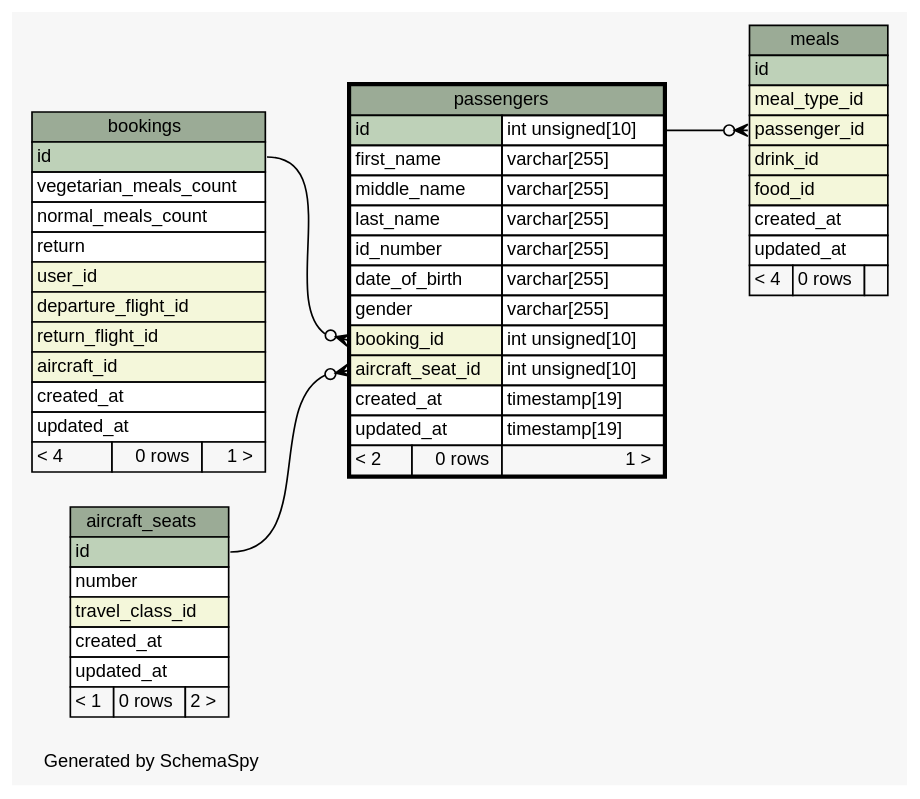
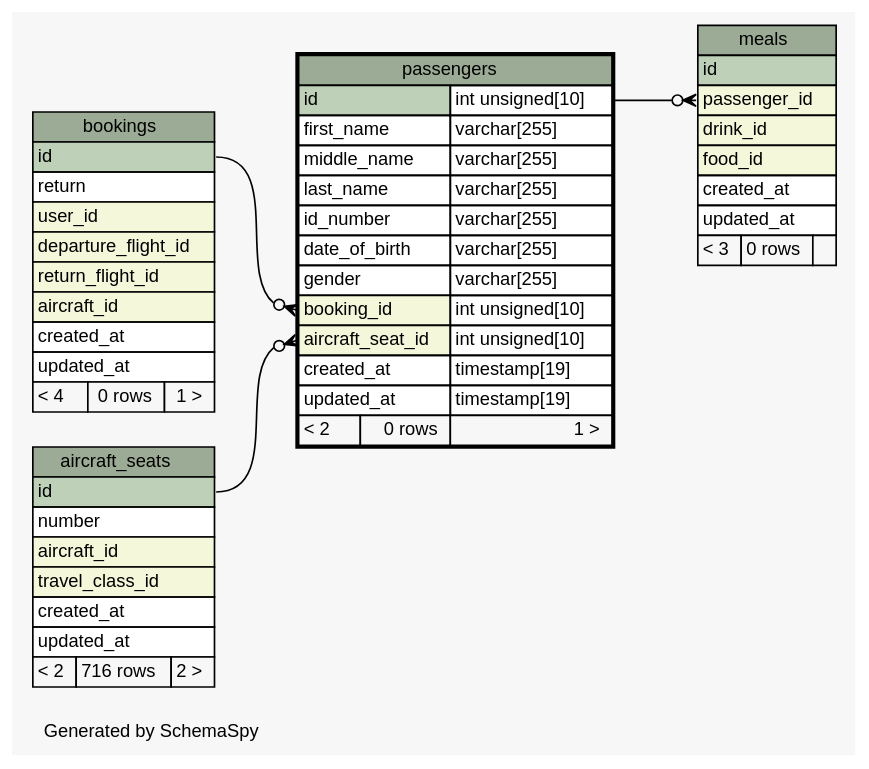
One commit to joaonzangoII/flightbookingsystem changed the diagram in web/app/database/schema/diagrams/passengers.1degree.dot. Above: the diagram before and after it, drawn with Graphviz. The commit also changed 149 other files, not shown here.

```diff
--- a/web/app/database/schema/diagrams/passengers.1degree.dot
+++ b/web/app/database/schema/diagrams/passengers.1degree.dot
@@ -1,94 +1,92 @@
 // dot 2.38.0 on Linux 4.8.0-46-generic
 // SchemaSpy rev 590
 digraph "oneDegreeRelationshipsDiagram" {
   graph [
     rankdir="RL"
     bgcolor="#f7f7f7"
     label="\nGenerated by SchemaSpy"
     labeljust="l"
     nodesep="0.18"
     ranksep="0.46"
     fontname="Helvetica"
     fontsize="11"
   ];
   node [
     fontname="Helvetica"
     fontsize="11"
     shape="plaintext"
   ];
   edge [
     arrowsize="0.8"
   ];
   "meals":"passenger_id":w -> "passengers":"id.type":e [arrowhead=none dir=back arrowtail=crowodot];
   "passengers":"aircraft_seat_id":w -> "aircraft_seats":"id":e [arrowhead=none dir=back arrowtail=crowodot];
   "passengers":"booking_id":w -> "bookings":"id":e [arrowhead=none dir=back arrowtail=crowodot];
   "aircraft_seats" [
     label=<
     <TABLE BORDER="0" CELLBORDER="1" CELLSPACING="0" BGCOLOR="#ffffff">
       <TR><TD COLSPAN="3" BGCOLOR="#9bab96" ALIGN="CENTER">aircraft_seats</TD></TR>
       <TR><TD PORT="id" COLSPAN="3" BGCOLOR="#bed1b8" ALIGN="LEFT">id</TD></TR>
       <TR><TD PORT="number" COLSPAN="3" ALIGN="LEFT">number</TD></TR>
+      <TR><TD PORT="aircraft_id" COLSPAN="3" BGCOLOR="#f4f7da" ALIGN="LEFT">aircraft_id</TD></TR>
       <TR><TD PORT="travel_class_id" COLSPAN="3" BGCOLOR="#f4f7da" ALIGN="LEFT">travel_class_id</TD></TR>
       <TR><TD PORT="created_at" COLSPAN="3" ALIGN="LEFT">created_at</TD></TR>
       <TR><TD PORT="updated_at" COLSPAN="3" ALIGN="LEFT">updated_at</TD></TR>
-      <TR><TD ALIGN="LEFT" BGCOLOR="#f7f7f7">&lt; 1</TD><TD ALIGN="RIGHT" BGCOLOR="#f7f7f7">0 rows</TD><TD ALIGN="RIGHT" BGCOLOR="#f7f7f7">2 &gt;</TD></TR>
+      <TR><TD ALIGN="LEFT" BGCOLOR="#f7f7f7">&lt; 2</TD><TD ALIGN="RIGHT" BGCOLOR="#f7f7f7">716 rows</TD><TD ALIGN="RIGHT" BGCOLOR="#f7f7f7">2 &gt;</TD></TR>
     </TABLE>>
     URL="aircraft_seats.html"
     tooltip="aircraft_seats"
   ];
   "bookings" [
     label=<
     <TABLE BORDER="0" CELLBORDER="1" CELLSPACING="0" BGCOLOR="#ffffff">
       <TR><TD COLSPAN="3" BGCOLOR="#9bab96" ALIGN="CENTER">bookings</TD></TR>
       <TR><TD PORT="id" COLSPAN="3" BGCOLOR="#bed1b8" ALIGN="LEFT">id</TD></TR>
-      <TR><TD PORT="vegetarian_meals_count" COLSPAN="3" ALIGN="LEFT">vegetarian_meals_count</TD></TR>
-      <TR><TD PORT="normal_meals_count" COLSPAN="3" ALIGN="LEFT">normal_meals_count</TD></TR>
       <TR><TD PORT="return" COLSPAN="3" ALIGN="LEFT">return</TD></TR>
       <TR><TD PORT="user_id" COLSPAN="3" BGCOLOR="#f4f7da" ALIGN="LEFT">user_id</TD></TR>
       <TR><TD PORT="departure_flight_id" COLSPAN="3" BGCOLOR="#f4f7da" ALIGN="LEFT">departure_flight_id</TD></TR>
       <TR><TD PORT="return_flight_id" COLSPAN="3" BGCOLOR="#f4f7da" ALIGN="LEFT">return_flight_id</TD></TR>
       <TR><TD PORT="aircraft_id" COLSPAN="3" BGCOLOR="#f4f7da" ALIGN="LEFT">aircraft_id</TD></TR>
       <TR><TD PORT="created_at" COLSPAN="3" ALIGN="LEFT">created_at</TD></TR>
       <TR><TD PORT="updated_at" COLSPAN="3" ALIGN="LEFT">updated_at</TD></TR>
       <TR><TD ALIGN="LEFT" BGCOLOR="#f7f7f7">&lt; 4</TD><TD ALIGN="RIGHT" BGCOLOR="#f7f7f7">0 rows</TD><TD ALIGN="RIGHT" BGCOLOR="#f7f7f7">1 &gt;</TD></TR>
     </TABLE>>
     URL="bookings.html"
     tooltip="bookings"
   ];
   "meals" [
     label=<
     <TABLE BORDER="0" CELLBORDER="1" CELLSPACING="0" BGCOLOR="#ffffff">
       <TR><TD COLSPAN="3" BGCOLOR="#9bab96" ALIGN="CENTER">meals</TD></TR>
       <TR><TD PORT="id" COLSPAN="3" BGCOLOR="#bed1b8" ALIGN="LEFT">id</TD></TR>
-      <TR><TD PORT="meal_type_id" COLSPAN="3" BGCOLOR="#f4f7da" ALIGN="LEFT">meal_type_id</TD></TR>
       <TR><TD PORT="passenger_id" COLSPAN="3" BGCOLOR="#f4f7da" ALIGN="LEFT">passenger_id</TD></TR>
       <TR><TD PORT="drink_id" COLSPAN="3" BGCOLOR="#f4f7da" ALIGN="LEFT">drink_id</TD></TR>
       <TR><TD PORT="food_id" COLSPAN="3" BGCOLOR="#f4f7da" ALIGN="LEFT">food_id</TD></TR>
       <TR><TD PORT="created_at" COLSPAN="3" ALIGN="LEFT">created_at</TD></TR>
       <TR><TD PORT="updated_at" COLSPAN="3" ALIGN="LEFT">updated_at</TD></TR>
-      <TR><TD ALIGN="LEFT" BGCOLOR="#f7f7f7">&lt; 4</TD><TD ALIGN="RIGHT" BGCOLOR="#f7f7f7">0 rows</TD><TD ALIGN="RIGHT" BGCOLOR="#f7f7f7">  </TD></TR>
+      <TR><TD ALIGN="LEFT" BGCOLOR="#f7f7f7">&lt; 3</TD><TD ALIGN="RIGHT" BGCOLOR="#f7f7f7">0 rows</TD><TD ALIGN="RIGHT" BGCOLOR="#f7f7f7">  </TD></TR>
     </TABLE>>
     URL="meals.html"
     tooltip="meals"
   ];
   "passengers" [
     label=<
     <TABLE BORDER="2" CELLBORDER="1" CELLSPACING="0" BGCOLOR="#ffffff">
       <TR><TD COLSPAN="3" BGCOLOR="#9bab96" ALIGN="CENTER">passengers</TD></TR>
       <TR><TD PORT="id" COLSPAN="2" BGCOLOR="#bed1b8" ALIGN="LEFT">id</TD><TD PORT="id.type" ALIGN="LEFT">int unsigned[10]</TD></TR>
       <TR><TD PORT="first_name" COLSPAN="2" ALIGN="LEFT">first_name</TD><TD PORT="first_name.type" ALIGN="LEFT">varchar[255]</TD></TR>
       <TR><TD PORT="middle_name" COLSPAN="2" ALIGN="LEFT">middle_name</TD><TD PORT="middle_name.type" ALIGN="LEFT">varchar[255]</TD></TR>
       <TR><TD PORT="last_name" COLSPAN="2" ALIGN="LEFT">last_name</TD><TD PORT="last_name.type" ALIGN="LEFT">varchar[255]</TD></TR>
       <TR><TD PORT="id_number" COLSPAN="2" ALIGN="LEFT">id_number</TD><TD PORT="id_number.type" ALIGN="LEFT">varchar[255]</TD></TR>
       <TR><TD PORT="date_of_birth" COLSPAN="2" ALIGN="LEFT">date_of_birth</TD><TD PORT="date_of_birth.type" ALIGN="LEFT">varchar[255]</TD></TR>
       <TR><TD PORT="gender" COLSPAN="2" ALIGN="LEFT">gender</TD><TD PORT="gender.type" ALIGN="LEFT">varchar[255]</TD></TR>
       <TR><TD PORT="booking_id" COLSPAN="2" BGCOLOR="#f4f7da" ALIGN="LEFT">booking_id</TD><TD PORT="booking_id.type" ALIGN="LEFT">int unsigned[10]</TD></TR>
       <TR><TD PORT="aircraft_seat_id" COLSPAN="2" BGCOLOR="#f4f7da" ALIGN="LEFT">aircraft_seat_id</TD><TD PORT="aircraft_seat_id.type" ALIGN="LEFT">int unsigned[10]</TD></TR>
       <TR><TD PORT="created_at" COLSPAN="2" ALIGN="LEFT">created_at</TD><TD PORT="created_at.type" ALIGN="LEFT">timestamp[19]</TD></TR>
       <TR><TD PORT="updated_at" COLSPAN="2" ALIGN="LEFT">updated_at</TD><TD PORT="updated_at.type" ALIGN="LEFT">timestamp[19]</TD></TR>
       <TR><TD ALIGN="LEFT" BGCOLOR="#f7f7f7">&lt; 2</TD><TD ALIGN="RIGHT" BGCOLOR="#f7f7f7">0 rows</TD><TD ALIGN="RIGHT" BGCOLOR="#f7f7f7">1 &gt;</TD></TR>
     </TABLE>>
     URL="passengers.html"
     tooltip="passengers"
   ];
 }
```
